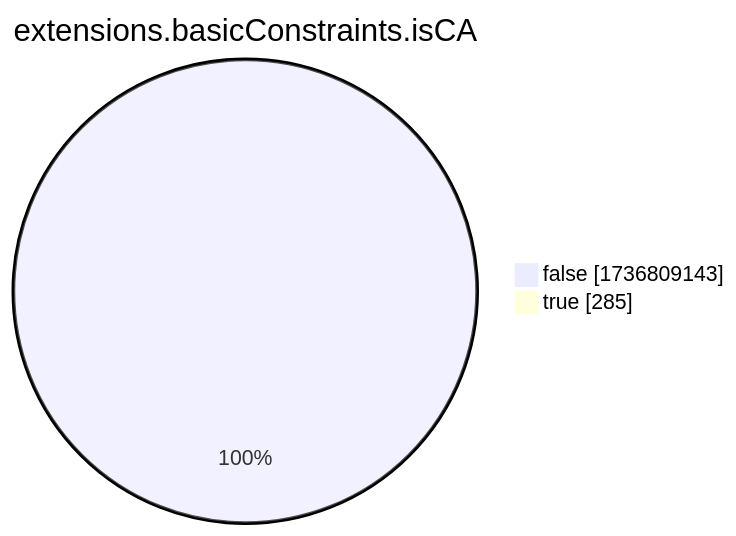
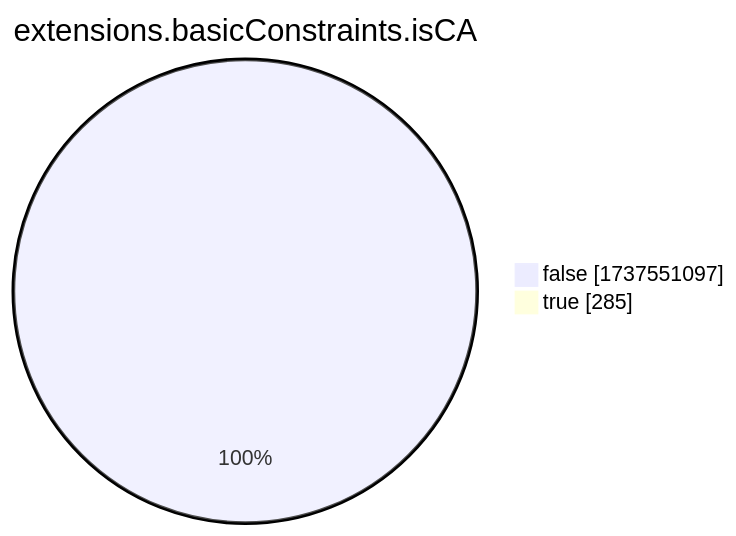
The eighth of 15 diagrams in xenon2022/README.md (christiankrug/ctmonitor_visualization), drawn with Mermaid before and after one commit. The commit also changed other lines of this file, not shown here.

````diff
--- a/xenon2022/README.md
+++ b/xenon2022/README.md
@@ -2867,6 +2867,6 @@
 ```mermaid
 pie showData
 title extensions.basicConstraints.isCA
-"false" :1736809143
+"false" :1737551097
 "true" :285
 ```
````
